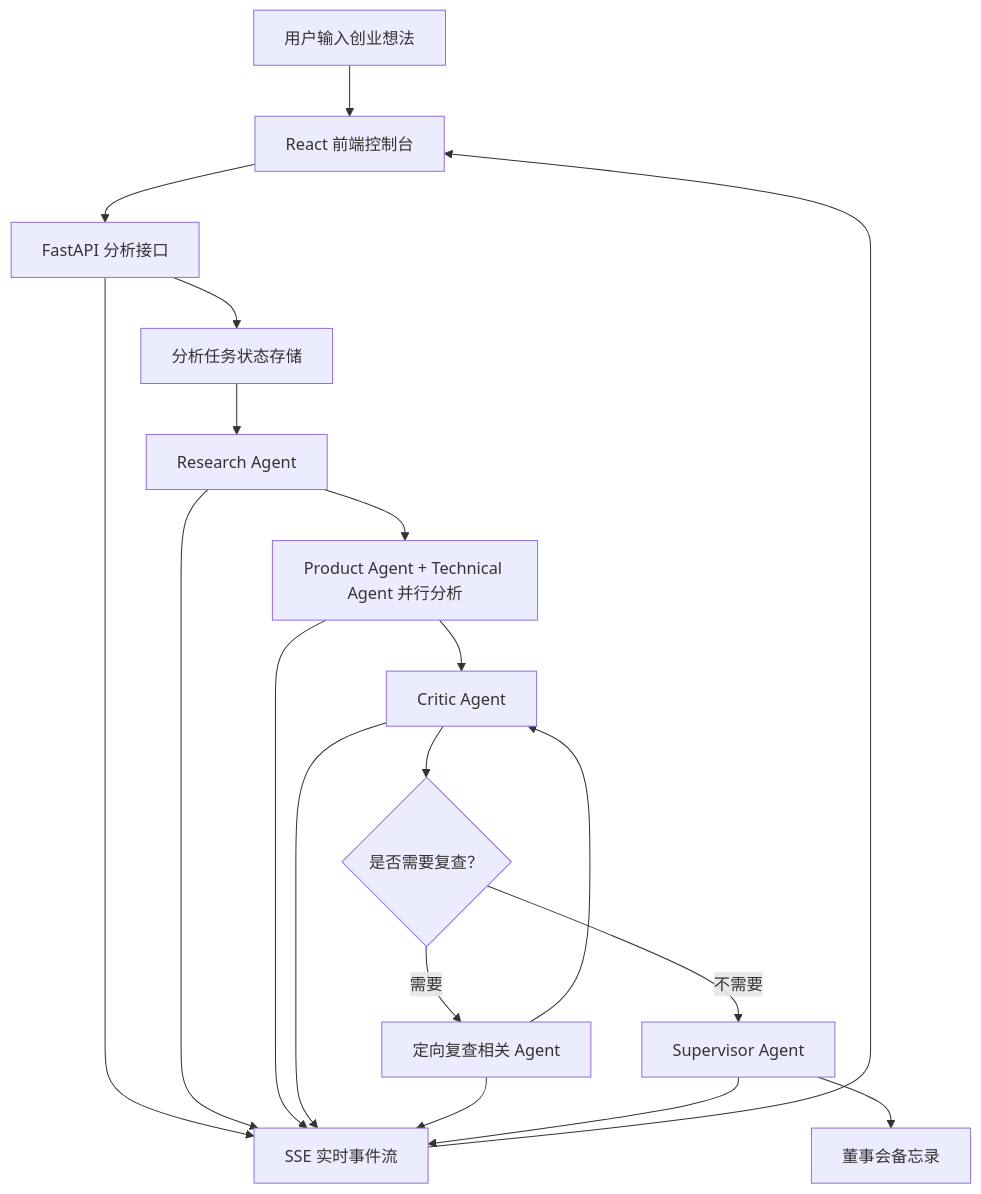
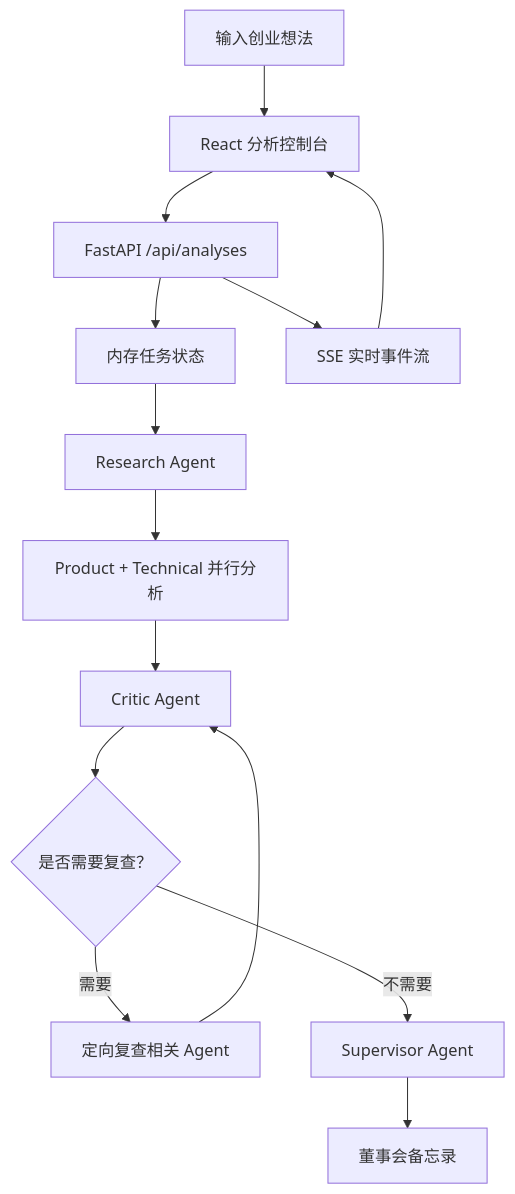
One commit to dakjdakd/VentureMind-AI changed the diagram in README.md. Above: the diagram before and after it, drawn with Mermaid. The commit also changed other lines of this file and 4 other files, not shown here.

````diff
--- a/README.md
+++ b/README.md
@@ -134,23 +81,16 @@
 ```mermaid
 flowchart TD
-    U["用户输入创业想法"] --> FE["React 前端控制台"]
-    FE --> API["FastAPI 分析接口"]
-    API --> JOB["分析任务状态存储"]
+    U["输入创业想法"] --> FE["React 分析控制台"]
+    FE --> API["FastAPI /api/analyses"]
+    API --> STORE["内存任务状态"]
     API --> SSE["SSE 实时事件流"]
-
-    JOB --> R["Research Agent"]
-    R --> PT["Product Agent + Technical Agent 并行分析"]
+    STORE --> R["Research Agent"]
+    R --> PT["Product + Technical 并行分析"]
     PT --> C["Critic Agent"]
     C --> Q{"是否需要复查？"}
-    Q -- "需要" --> RC["定向复查相关 Agent"]
-    RC --> C
+    Q -- "需要" --> RE["定向复查相关 Agent"]
+    RE --> C
     Q -- "不需要" --> S["Supervisor Agent"]
     S --> M["董事会备忘录"]
-
-    R --> SSE
-    PT --> SSE
-    C --> SSE
-    RC --> SSE
-    S --> SSE
     SSE --> FE
 ```
````
